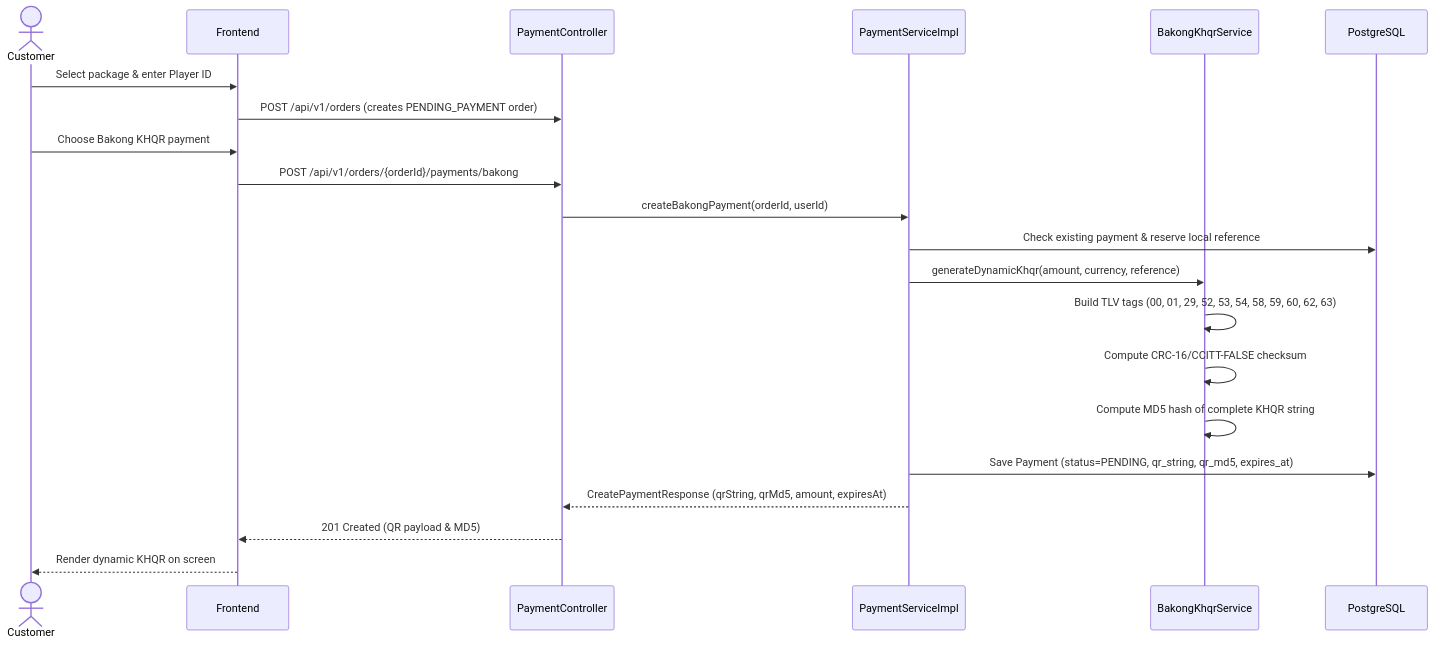
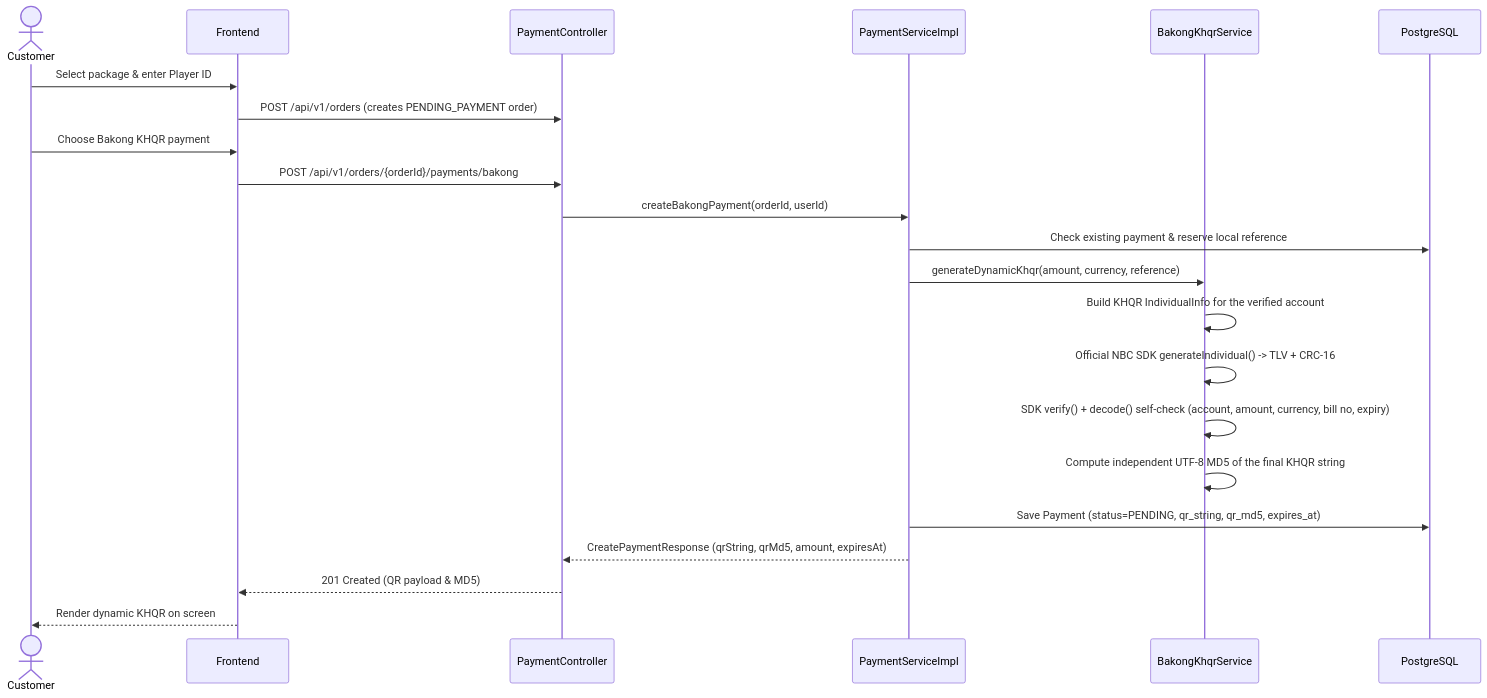
The first of 3 diagrams in docs/integrations/bakong-khqr.md (sarinitc/GameTopUpKH), drawn with Mermaid before and after one commit. The commit also changed other lines of this file and 24 other files, not shown here.

````diff
--- a/docs/integrations/bakong-khqr.md
+++ b/docs/integrations/bakong-khqr.md
@@ -60,24 +74,25 @@
 ```mermaid
 sequenceDiagram
     actor Customer
     participant Frontend
     participant API as PaymentController
     participant Service as PaymentServiceImpl
     participant KHQR as BakongKhqrService
     participant DB as PostgreSQL
 
     Customer->>Frontend: Select package & enter Player ID
     Frontend->>API: POST /api/v1/orders (creates PENDING_PAYMENT order)
     Customer->>Frontend: Choose Bakong KHQR payment
     Frontend->>API: POST /api/v1/orders/{orderId}/payments/bakong
     API->>Service: createBakongPayment(orderId, userId)
     Service->>DB: Check existing payment & reserve local reference
     Service->>KHQR: generateDynamicKhqr(amount, currency, reference)
-    KHQR->>KHQR: Build TLV tags (00, 01, 29, 52, 53, 54, 58, 59, 60, 62, 63)
-    KHQR->>KHQR: Compute CRC-16/CCITT-FALSE checksum
-    KHQR->>KHQR: Compute MD5 hash of complete KHQR string
+    KHQR->>KHQR: Build KHQR IndividualInfo for the verified account
+    KHQR->>KHQR: Official NBC SDK generateIndividual() -> TLV + CRC-16
+    KHQR->>KHQR: SDK verify() + decode() self-check (account, amount, currency, bill no, expiry)
+    KHQR->>KHQR: Compute independent UTF-8 MD5 of the final KHQR string
     Service->>DB: Save Payment (status=PENDING, qr_string, qr_md5, expires_at)
     Service-->>API: CreatePaymentResponse (qrString, qrMd5, amount, expiresAt)
     API-->>Frontend: 201 Created (QR payload & MD5)
     Frontend-->>Customer: Render dynamic KHQR on screen
 ```
````
